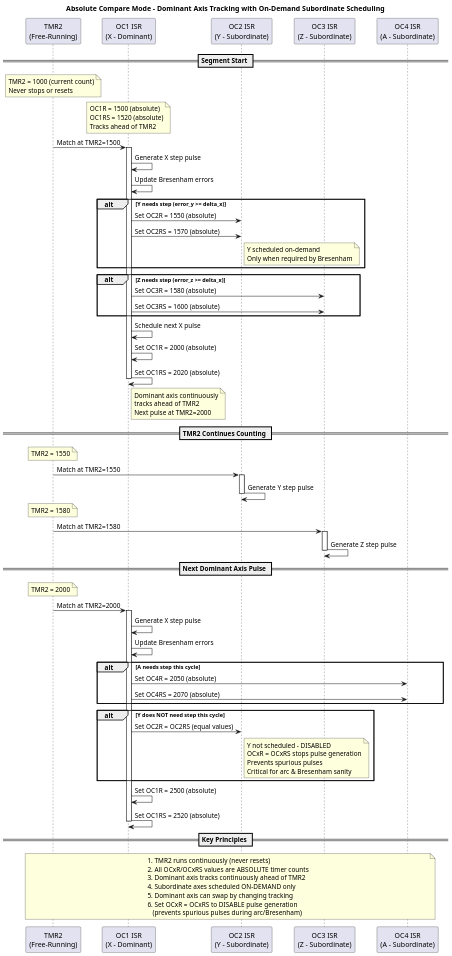
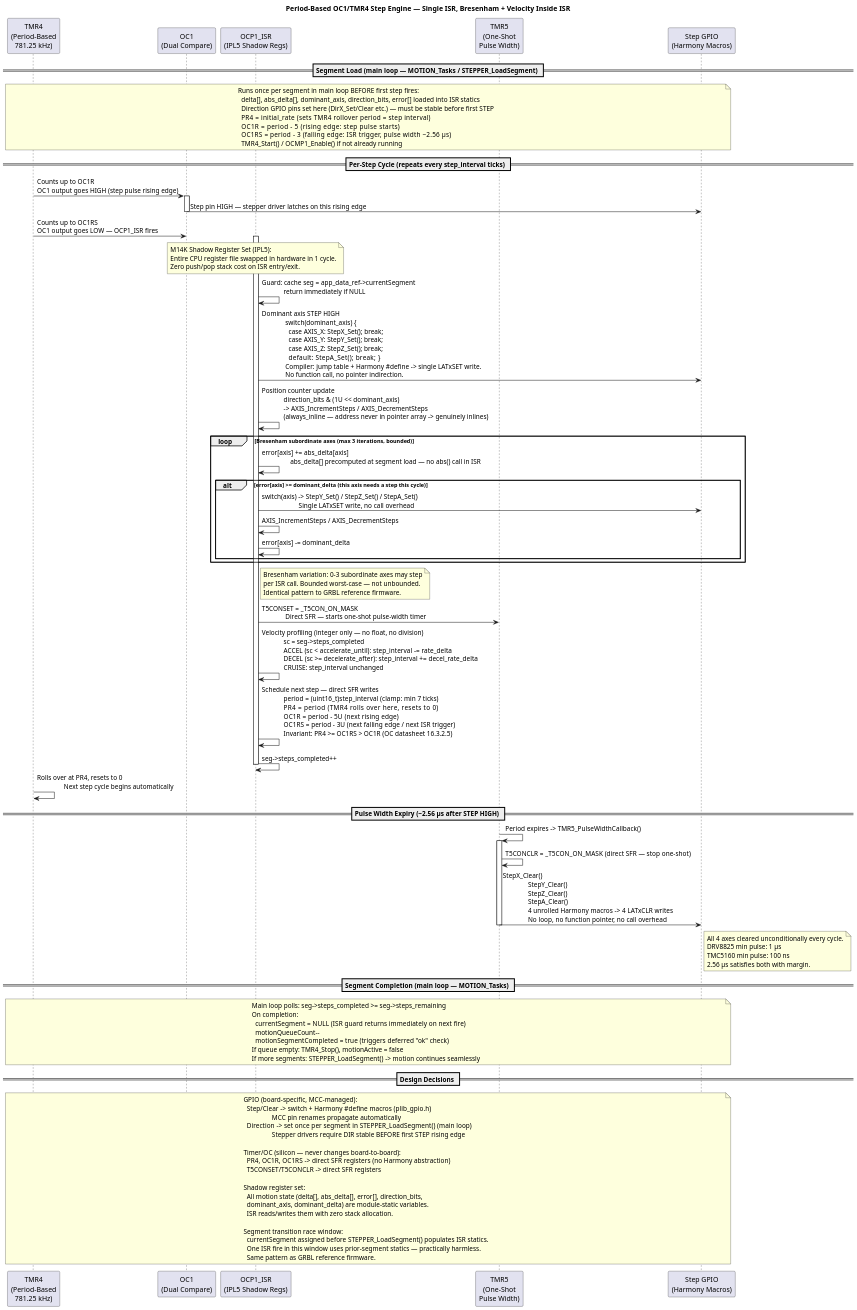
One commit to Davec6505/Pic32mzCNC_V3 changed the diagram in docs/plantuml/02_segment_clock.puml. Above: the diagram before and after it, drawn with PlantUML. The commit also changed 4 other files, not shown here.

First line of the commit message:
docs: rewrite UML and README for lookahead branch architecture

```diff
--- a/docs/plantuml/02_segment_clock.puml
+++ b/docs/plantuml/02_segment_clock.puml
@@ -1,112 +1,120 @@
 @startuml
-title Absolute Compare Mode - Dominant Axis Tracking with On-Demand Subordinate Scheduling
+title Period-Based OC1/TMR4 Step Engine — Single ISR, Bresenham + Velocity Inside ISR
+' Current architecture as of March 2026 (lookahead branch)
+' Replaces old: TMR2 free-running + OC1/OC2/OC3/OC4 per-axis ISRs + main-loop phase system
 
 scale 1.5
 
-participant "TMR2\n(Free-Running)" as TMR2
-participant "OC1 ISR\n(X - Dominant)" as OC1
-participant "OC2 ISR\n(Y - Subordinate)" as OC2
-participant "OC3 ISR\n(Z - Subordinate)" as OC3
-participant "OC4 ISR\n(A - Subordinate)" as OC4
+participant "TMR4\n(Period-Based\n781.25 kHz)" as TMR4
+participant "OC1\n(Dual Compare)" as OC1HW
+participant "OCP1_ISR\n(IPL5 Shadow Regs)" as ISR
+participant "TMR5\n(One-Shot\nPulse Width)" as TMR5
+participant "Step GPIO\n(Harmony Macros)" as GPIO
 
-== Segment Start ==
-note over TMR2
-  TMR2 = 1000 (current count)
-  Never stops or resets
+== Segment Load (main loop — MOTION_Tasks / STEPPER_LoadSegment) ==
+note over TMR4, GPIO
+  Runs once per segment in main loop BEFORE first step fires:
+    delta[], abs_delta[], dominant_axis, direction_bits, error[] loaded into ISR statics
+    Direction GPIO pins set here (DirX_Set/Clear etc.) — must be stable before first STEP
+    PR4   = initial_rate      (sets TMR4 rollover period = step interval)
+    OC1R  = period - 5        (rising edge: step pulse starts)
+    OC1RS = period - 3        (falling edge: ISR trigger, pulse width ~2.56 µs)
+    TMR4_Start() / OCMP1_Enable() if not already running
 end note
 
-note over OC1
-  OC1R = 1500 (absolute)
-  OC1RS = 1520 (absolute)
-  Tracks ahead of TMR2
+== Per-Step Cycle (repeats every step_interval ticks) ==
+
+TMR4 -> OC1HW : Counts up to OC1R\nOC1 output goes HIGH (step pulse rising edge)
+activate OC1HW
+OC1HW -> GPIO : Step pin HIGH — stepper driver latches on this rising edge
+deactivate OC1HW
+
+TMR4 -> OC1HW : Counts up to OC1RS\nOC1 output goes LOW — OCP1_ISR fires
+activate ISR
+note over ISR
+  M14K Shadow Register Set (IPL5):
+  Entire CPU register file swapped in hardware in 1 cycle.
+  Zero push/pop stack cost on ISR entry/exit.
 end note
 
-TMR2 -> OC1 : Match at TMR2=1500
-activate OC1
-OC1 -> OC1 : Generate X step pulse
-OC1 -> OC1 : Update Bresenham errors
+ISR -> ISR : Guard: cache seg = app_data_ref->currentSegment\n             return immediately if NULL
 
-alt Y needs step (error_y >= delta_x)
-    OC1 -> OC2 : Set OC2R = 1550 (absolute)
-    OC1 -> OC2 : Set OC2RS = 1570 (absolute)
-    note right of OC2
-      Y scheduled on-demand
-      Only when required by Bresenham
-    end note
+ISR -> GPIO : Dominant axis STEP HIGH\n              switch(dominant_axis) {\n                case AXIS_X: StepX_Set(); break;\n                case AXIS_Y: StepY_Set(); break;\n                case AXIS_Z: StepZ_Set(); break;\n                default:     StepA_Set(); break; }\n              Compiler: jump table + Harmony #define -> single LATxSET write.\n              No function call, no pointer indirection.
+
+ISR -> ISR : Position counter update\n             direction_bits & (1U << dominant_axis)\n             -> AXIS_IncrementSteps / AXIS_DecrementSteps\n             (always_inline — address never in pointer array -> genuinely inlines)
+
+loop Bresenham subordinate axes (max 3 iterations, bounded)
+    ISR -> ISR : error[axis] += abs_delta[axis]\n                 abs_delta[] precomputed at segment load — no abs() call in ISR
+    alt error[axis] >= dominant_delta (this axis needs a step this cycle)
+        ISR -> GPIO : switch(axis) -> StepY_Set() / StepZ_Set() / StepA_Set()\n                      Single LATxSET write, no call overhead
+        ISR -> ISR : AXIS_IncrementSteps / AXIS_DecrementSteps
+        ISR -> ISR : error[axis] -= dominant_delta
+    end
 end
 
-alt Z needs step (error_z >= delta_x)
-    OC1 -> OC3 : Set OC3R = 1580 (absolute)
-    OC1 -> OC3 : Set OC3RS = 1600 (absolute)
-end
-
-OC1 -> OC1 : Schedule next X pulse
-OC1 -> OC1 : Set OC1R = 2000 (absolute)
-OC1 -> OC1 : Set OC1RS = 2020 (absolute)
-note right of OC1
-  Dominant axis continuously
-  tracks ahead of TMR2
-  Next pulse at TMR2=2000
-end note
-deactivate OC1
-
-== TMR2 Continues Counting ==
-note over TMR2
-  TMR2 = 1550
+note right of ISR
+  Bresenham variation: 0-3 subordinate axes may step
+  per ISR call. Bounded worst-case — not unbounded.
+  Identical pattern to GRBL reference firmware.
 end note
 
-TMR2 -> OC2 : Match at TMR2=1550
-activate OC2
-OC2 -> OC2 : Generate Y step pulse
-deactivate OC2
+ISR -> TMR5 : T5CONSET = _T5CON_ON_MASK\n              Direct SFR — starts one-shot pulse-width timer
 
-note over TMR2
-  TMR2 = 1580
+ISR -> ISR : Velocity profiling (integer only — no float, no division)\n             sc = seg->steps_completed\n             ACCEL  (sc < accelerate_until): step_interval -= rate_delta\n             DECEL  (sc >= decelerate_after): step_interval += decel_rate_delta\n             CRUISE: step_interval unchanged
+
+ISR -> ISR : Schedule next step — direct SFR writes\n             period = (uint16_t)step_interval  (clamp: min 7 ticks)\n             PR4   = period       (TMR4 rolls over here, resets to 0)\n             OC1R  = period - 5U  (next rising edge)\n             OC1RS = period - 3U  (next falling edge / next ISR trigger)\n             Invariant: PR4 >= OC1RS > OC1R (OC datasheet 16.3.2.5)
+
+ISR -> ISR : seg->steps_completed++
+deactivate ISR
+
+TMR4 -> TMR4 : Rolls over at PR4, resets to 0\n                Next step cycle begins automatically
+
+== Pulse Width Expiry (~2.56 µs after STEP HIGH) ==
+
+TMR5 -> TMR5 : Period expires -> TMR5_PulseWidthCallback()
+activate TMR5
+TMR5 -> TMR5 : T5CONCLR = _T5CON_ON_MASK  (direct SFR — stop one-shot)
+TMR5 -> GPIO : StepX_Clear()\n               StepY_Clear()\n               StepZ_Clear()\n               StepA_Clear()\n               4 unrolled Harmony macros -> 4 LATxCLR writes\n               No loop, no function pointer, no call overhead
+note right of GPIO
+  All 4 axes cleared unconditionally every cycle.
+  DRV8825 min pulse: 1 µs
+  TMC5160 min pulse: 100 ns
+  2.56 µs satisfies both with margin.
+end note
+deactivate TMR5
+
+== Segment Completion (main loop — MOTION_Tasks) ==
+note over TMR4, GPIO
+  Main loop polls: seg->steps_completed >= seg->steps_remaining
+  On completion:
+    currentSegment = NULL   (ISR guard returns immediately on next fire)
+    motionQueueCount--
+    motionSegmentCompleted = true  (triggers deferred "ok" check)
+  If queue empty: TMR4_Stop(), motionActive = false
+  If more segments: STEPPER_LoadSegment() -> motion continues seamlessly
 end note
 
-TMR2 -> OC3 : Match at TMR2=1580
-activate OC3
-OC3 -> OC3 : Generate Z step pulse
-deactivate OC3
+== Design Decisions ==
+note over TMR4, GPIO
+  GPIO (board-specific, MCC-managed):
+    Step/Clear  -> switch + Harmony #define macros (plib_gpio.h)
+                   MCC pin renames propagate automatically
+    Direction   -> set once per segment in STEPPER_LoadSegment() (main loop)
+                   Stepper drivers require DIR stable BEFORE first STEP rising edge
 
-== Next Dominant Axis Pulse ==
-note over TMR2
-  TMR2 = 2000
-end note
+  Timer/OC (silicon — never changes board-to-board):
+    PR4, OC1R, OC1RS  -> direct SFR registers (no Harmony abstraction)
+    T5CONSET/T5CONCLR -> direct SFR registers
 
-TMR2 -> OC1 : Match at TMR2=2000
-activate OC1
-OC1 -> OC1 : Generate X step pulse
-OC1 -> OC1 : Update Bresenham errors
+  Shadow register set:
+    All motion state (delta[], abs_delta[], error[], direction_bits,
+    dominant_axis, dominant_delta) are module-static variables.
+    ISR reads/writes them with zero stack allocation.
 
-alt A needs step this cycle
-    OC1 -> OC4 : Set OC4R = 2050 (absolute)
-    OC1 -> OC4 : Set OC4RS = 2070 (absolute)
-end
-
-alt Y does NOT need step this cycle
-    OC1 -> OC2 : Set OC2R = OC2RS (equal values)
-    note right of OC2
-      Y not scheduled - DISABLED
-      OCxR = OCxRS stops pulse generation
-      Prevents spurious pulses
-      Critical for arc & Bresenham sanity
-    end note
-end
-
-OC1 -> OC1 : Set OC1R = 2500 (absolute)
-OC1 -> OC1 : Set OC1RS = 2520 (absolute)
-deactivate OC1
-
-== Key Principles ==
-note over TMR2, OC4
-  1. TMR2 runs continuously (never resets)
-  2. All OCxR/OCxRS values are ABSOLUTE timer counts
-  3. Dominant axis tracks continuously ahead of TMR2
-  4. Subordinate axes scheduled ON-DEMAND only
-  5. Dominant axis can swap by changing tracking
-  6. Set OCxR = OCxRS to DISABLE pulse generation
-     (prevents spurious pulses during arc/Bresenham)
+  Segment transition race window:
+    currentSegment assigned before STEPPER_LoadSegment() populates ISR statics.
+    One ISR fire in this window uses prior-segment statics — practically harmless.
+    Same pattern as GRBL reference firmware.
 end note
 
 @enduml
```
